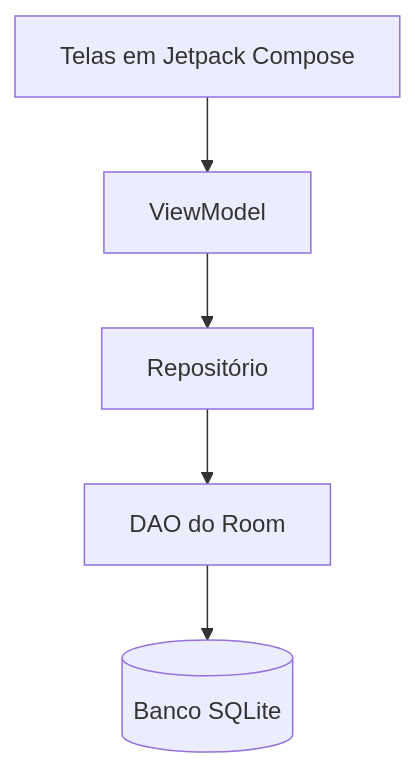
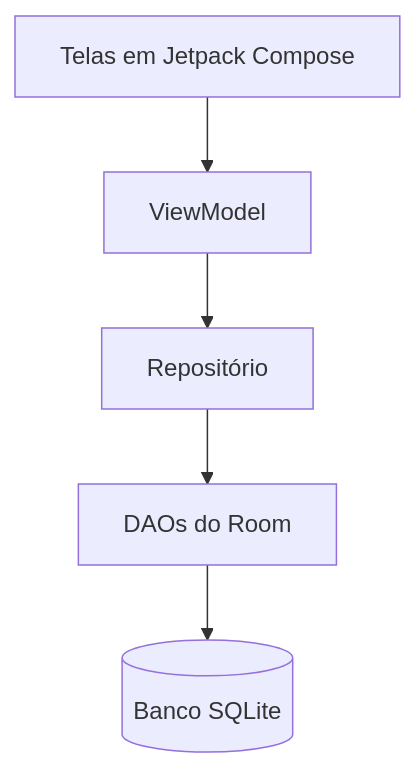
One commit to 0pmm/Projeto_SmartPark_Guarita changed the first of 2 diagrams in Documentos/Modelo_Arquitetura.md. Above: the diagram before and after it, drawn with Mermaid. The commit also changed other lines of this file and 29 other files, not shown here.

````diff
--- a/Documentos/Modelo_Arquitetura.md
+++ b/Documentos/Modelo_Arquitetura.md
@@ -10,7 +10,7 @@
 ```mermaid
 flowchart TD
     UI[Telas em Jetpack Compose] --> VM[ViewModel]
     VM --> Repo[Repositório]
-    Repo --> DAO[DAO do Room]
+    Repo --> DAO[DAOs do Room]
     DAO --> DB[(Banco SQLite)]
 ```
````
